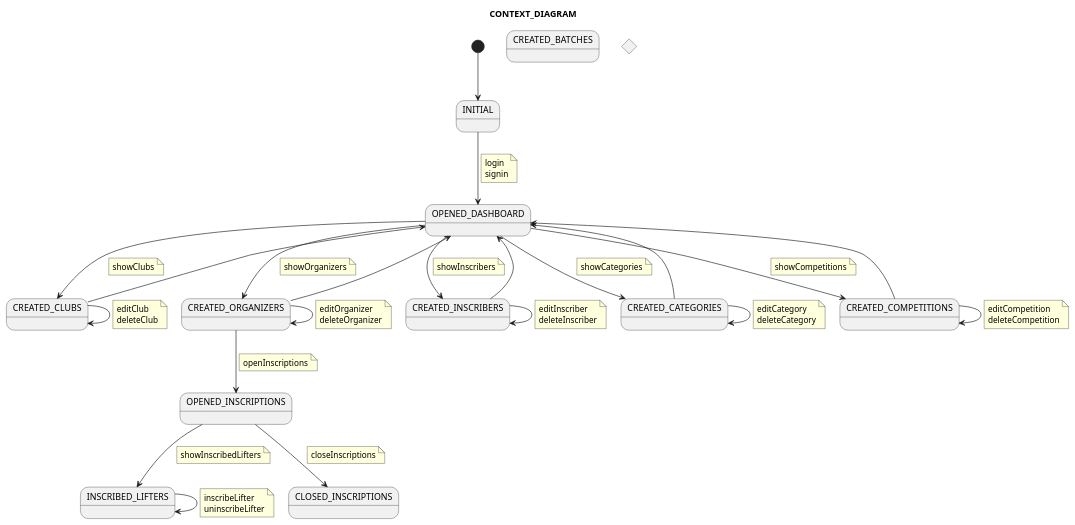
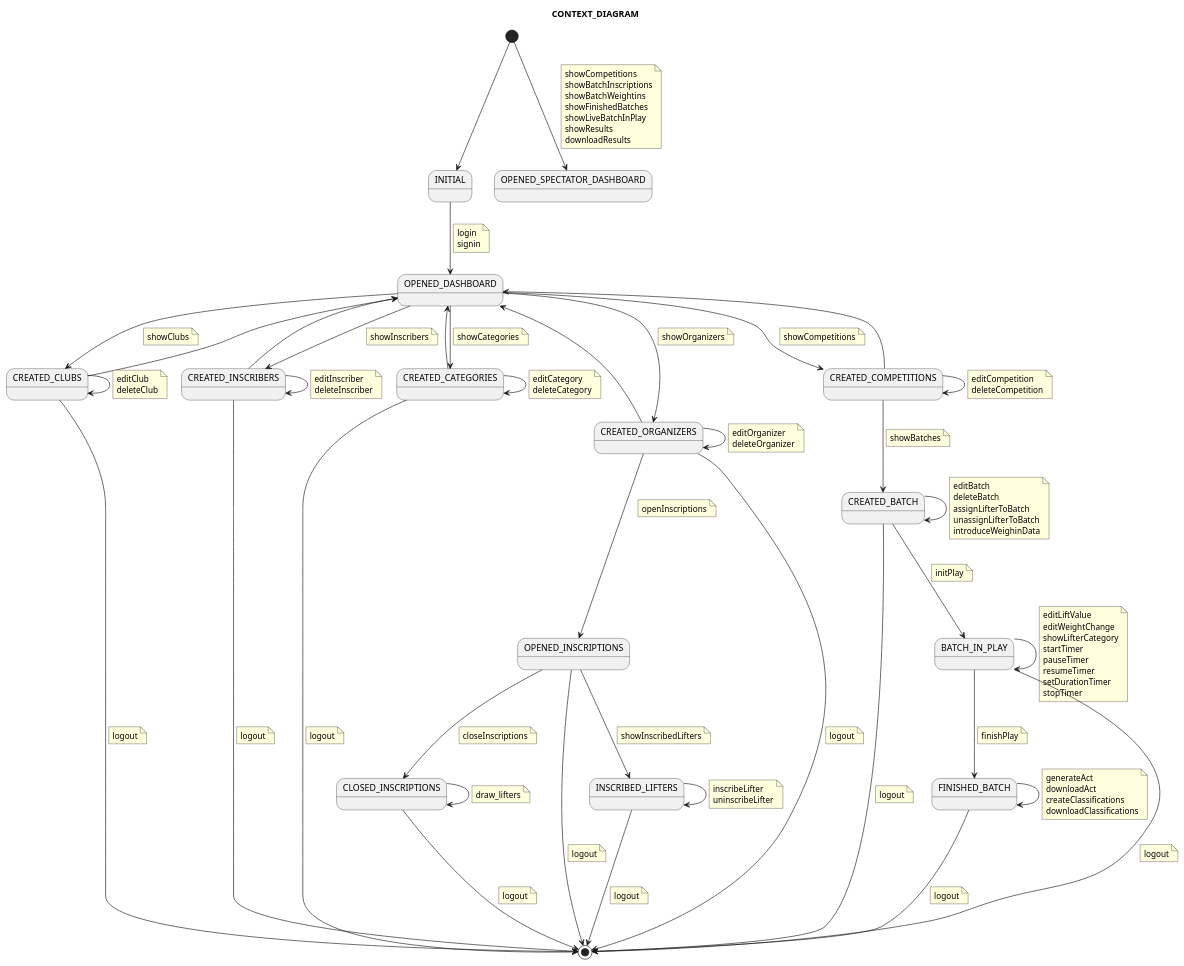
The diagram in diagrams/context/contextDiagram.puml (zuldare/mastercloud_pfm_halterocms), drawn with PlantUML before and after one commit.

Commit message:
Modify context diagram

```diff
--- a/diagrams/context/contextDiagram.puml
+++ b/diagrams/context/contextDiagram.puml
@@ -1,7 +1,5 @@
 @startuml
 title CONTEXT_DIAGRAM
-
-
 
 state INITIAL
 state OPENED_DASHBOARD
@@ -11,10 +9,8 @@
 state CREATED_CATEGORIES
 state OPENED_INSCRIPTIONS
 state CREATED_COMPETITIONS
-state CREATED_BATCHES
-
-state IsCompetitionCreated <<choice>>
 state INSCRIBED_LIFTERS
+state CREATED_BATCH
 
 [*] --> INITIAL
 INITIAL --> OPENED_DASHBOARD
@@ -81,12 +77,6 @@
   uninscribeLifter
 end note
 
-'CREATED_CLUBS ---> [*] : logout
-'CREATED_ORGANIZERS ---> [*] : logout
-'CREATED_INSCRIBERS ---> [*] : logout
-'CREATED_CATEGORIES ---> [*] : logout
-
-
 
 CREATED_ORGANIZERS --> OPENED_INSCRIPTIONS
 note on link
@@ -104,6 +94,11 @@
   closeInscriptions
 end note
 
+CLOSED_INSCRIPTIONS --> CLOSED_INSCRIPTIONS
+note on link
+  draw_lifters
+end note
+
 
 OPENED_DASHBOARD --> CREATED_COMPETITIONS
 note on link
@@ -117,11 +112,109 @@
   deleteCompetition
 end note
 
-'OPENED_INSCRIPTIONS --> AreInscriptionsOpened : are inscriptions opened
-'AreInscriptionsOpened --> INSCRIBED_LIFTERS
-'note on link
-'  inscribeLifter
-'end note
+CREATED_COMPETITIONS --> CREATED_BATCH
+note on link
+  showBatches
+end note
+
+CREATED_BATCH --> CREATED_BATCH
+note on link
+  editBatch
+  deleteBatch
+  assignLifterToBatch
+  unassignLifterToBatch
+  introduceWeighinData
+end note
+
+state BATCH_IN_PLAY
+
+CREATED_BATCH --> BATCH_IN_PLAY
+note on link
+  initPlay
+end note
+
+BATCH_IN_PLAY --> BATCH_IN_PLAY
+note on link
+  editLiftValue
+  editWeightChange
+  showLifterCategory
+  startTimer
+  pauseTimer
+  resumeTimer
+  setDurationTimer
+  stopTimer
+end note
+
+state FINISHED_BATCH
+BATCH_IN_PLAY --> FINISHED_BATCH
+note on link
+  finishPlay
+end note
+
+FINISHED_BATCH --> FINISHED_BATCH
+note on link
+ generateAct
+ downloadAct
+ createClassifications
+ downloadClassifications
+end note
 
 
+
+state OPENED_SPECTATOR_DASHBOARD
+
+[*] --> OPENED_SPECTATOR_DASHBOARD
+note on link
+  showCompetitions
+  showBatchInscriptions
+  showBatchWeightins
+  showFinishedBatches
+  showLiveBatchInPlay
+  showResults
+  downloadResults
+end note
+
+
+
+CREATED_CLUBS ---> [*]
+note on link
+ logout
+end note
+CREATED_ORGANIZERS ---> [*]
+note on link
+ logout
+end note
+CREATED_INSCRIBERS ---> [*]
+note on link
+ logout
+end note
+CREATED_CATEGORIES ---> [*]
+note on link
+ logout
+end note
+
+OPENED_INSCRIPTIONS ---> [*]
+note on link
+ logout
+end note
+INSCRIBED_LIFTERS ---> [*]
+note on link
+ logout
+end note
+CLOSED_INSCRIPTIONS ---> [*]
+note on link
+ logout
+end note
+CREATED_BATCH ---> [*]
+note on link
+ logout
+end note
+BATCH_IN_PLAY ---> [*]
+note on link
+ logout
+end note
+FINISHED_BATCH ---> [*]
+note on link
+ logout
+end note
 @enduml
```
